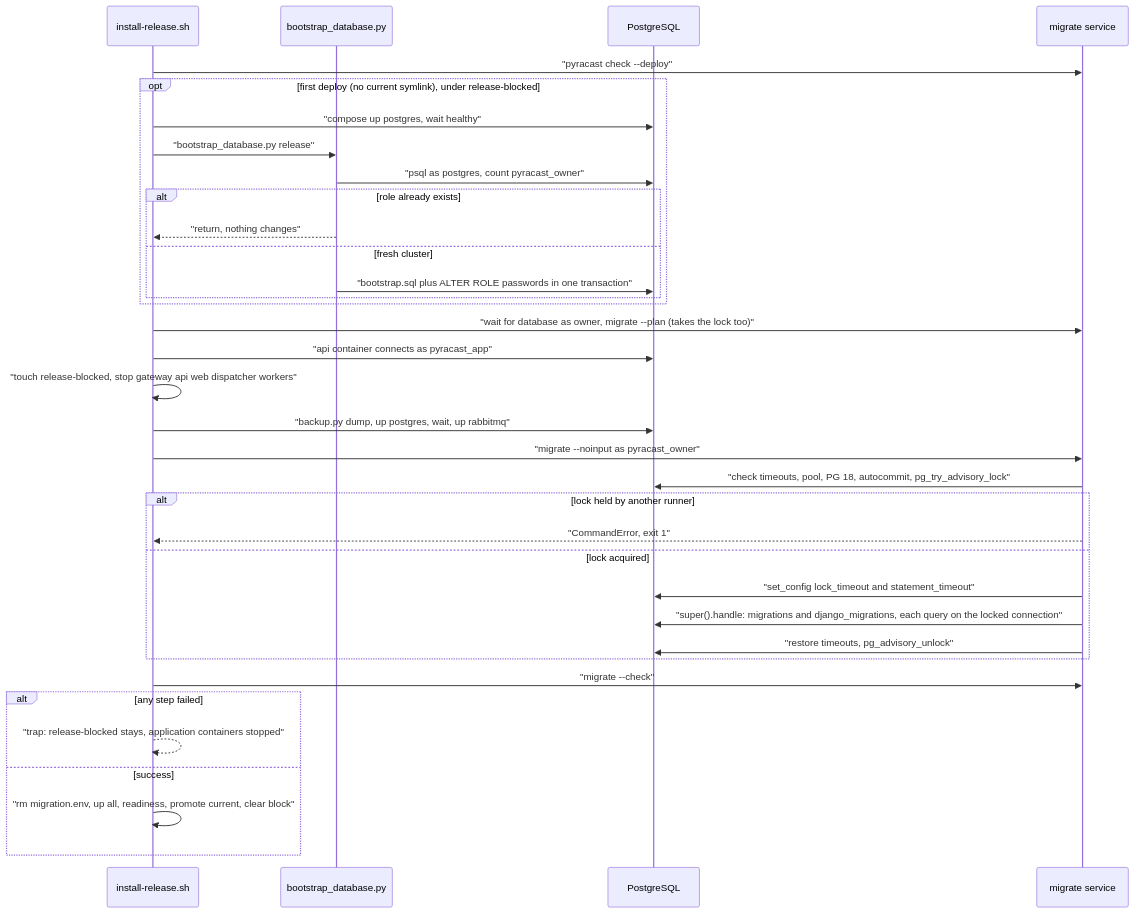
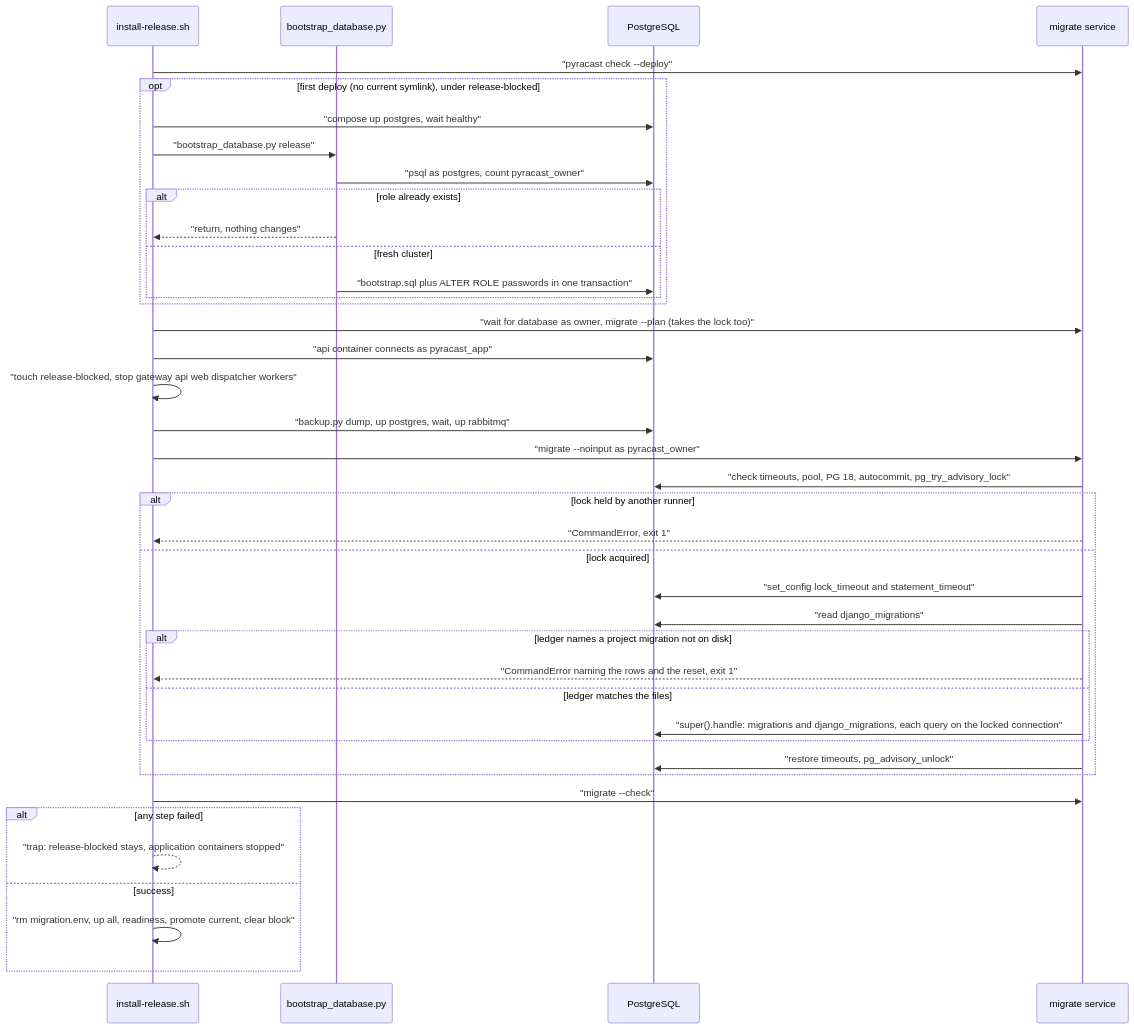
One commit to erkurtharun/pyracast changed the diagram in docs/flows/database-migration.md. Above: the diagram before and after it, drawn with Mermaid. The commit also changed other lines of this file and 326 other files, not shown here.

First line of the commit message:
Reset the schema baseline, remove legacy shapes and derive stored vocabularies (#32)

````diff
--- a/docs/flows/database-migration.md
+++ b/docs/flows/database-migration.md
@@ -14,37 +14,42 @@
 ```mermaid
 sequenceDiagram
     participant R as install-release.sh
     participant B as bootstrap_database.py
     participant PG as PostgreSQL
     participant M as migrate service
     R->>M: "pyracast check --deploy"
     opt first deploy (no current symlink), under release-blocked
         R->>PG: "compose up postgres, wait healthy"
         R->>B: "bootstrap_database.py release"
         B->>PG: "psql as postgres, count pyracast_owner"
         alt role already exists
             B-->>R: "return, nothing changes"
         else fresh cluster
             B->>PG: "bootstrap.sql plus ALTER ROLE passwords in one transaction"
         end
     end
     R->>M: "wait for database as owner, migrate --plan (takes the lock too)"
     R->>PG: "api container connects as pyracast_app"
     R->>R: "touch release-blocked, stop gateway api web dispatcher workers"
     R->>PG: "backup.py dump, up postgres, wait, up rabbitmq"
     R->>M: "migrate --noinput as pyracast_owner"
     M->>PG: "check timeouts, pool, PG 18, autocommit, pg_try_advisory_lock"
     alt lock held by another runner
         M-->>R: "CommandError, exit 1"
     else lock acquired
         M->>PG: "set_config lock_timeout and statement_timeout"
-        M->>PG: "super().handle: migrations and django_migrations, each query on the locked connection"
+        M->>PG: "read django_migrations"
+        alt ledger names a project migration not on disk
+            M-->>R: "CommandError naming the rows and the reset, exit 1"
+        else ledger matches the files
+            M->>PG: "super().handle: migrations and django_migrations, each query on the locked connection"
+        end
         M->>PG: "restore timeouts, pg_advisory_unlock"
     end
     R->>M: "migrate --check"
     alt any step failed
         R-->>R: "trap: release-blocked stays, application containers stopped"
     else success
         R->>R: "rm migration.env, up all, readiness, promote current, clear block"
     end
 ```
````
